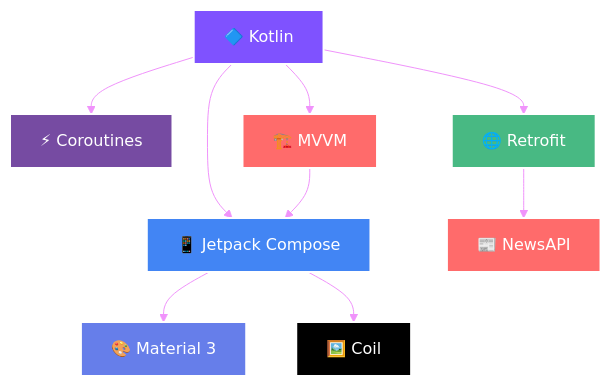
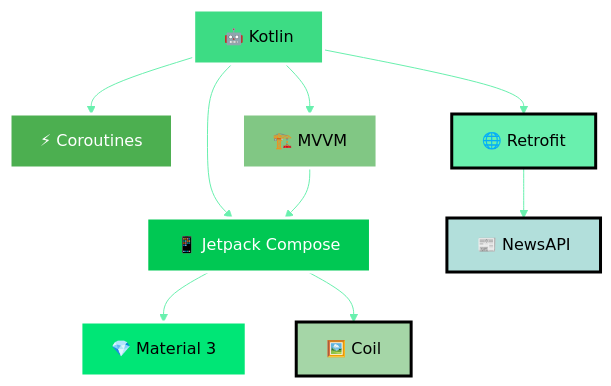
Before and after one commit to DAlgoSculptor/Alzajeera-News-App: the first of 3 diagrams in README.md, drawn with Mermaid. The commit also changed other lines of this file, not shown here.

````diff
--- a/README.md
+++ b/README.md
@@ -174,21 +293,21 @@
 ```mermaid
-%%{init: {'theme':'base', 'themeVariables': { 'primaryColor':'#667eea','primaryTextColor':'#fff','primaryBorderColor':'#764ba2','lineColor':'#f093fb','secondaryColor':'#667eea','tertiaryColor':'#f093fb'}}}%%
+%%{init: {'theme':'base', 'themeVariables': { 'primaryColor':'#3DDC84','primaryTextColor':'#fff','primaryBorderColor':'#00C853','lineColor':'#69F0AE','secondaryColor':'#00E676','tertiaryColor':'#B2DFDB'}}}%%
 graph TB
-    A[🔷 Kotlin] --> B[📱 Jetpack Compose]
+    A[🤖 Kotlin] --> B[📱 Jetpack Compose]
     A --> C[⚡ Coroutines]
-    B --> D[🎨 Material 3]
+    B --> D[💎 Material 3]
     A --> E[🌐 Retrofit]
     E --> F[📰 NewsAPI]
     B --> G[🖼️ Coil]
     A --> H[🏗️ MVVM]
     H --> B
     
-    style A fill:#7F52FF,stroke:#fff,stroke-width:2px,color:#fff
-    style B fill:#4285F4,stroke:#fff,stroke-width:2px,color:#fff
-    style D fill:#667eea,stroke:#fff,stroke-width:2px,color:#fff
-    style E fill:#48B983,stroke:#fff,stroke-width:2px,color:#fff
-    style F fill:#FF6B6B,stroke:#fff,stroke-width:2px,color:#fff
-    style G fill:#000,stroke:#fff,stroke-width:2px,color:#fff
-    style H fill:#FF6B6B,stroke:#fff,stroke-width:2px,color:#fff
-    style C fill:#764ba2,stroke:#fff,stroke-width:2px,color:#fff
+    style A fill:#3DDC84,stroke:#fff,stroke-width:3px,color:#000
+    style B fill:#00C853,stroke:#fff,stroke-width:3px,color:#fff
+    style D fill:#00E676,stroke:#fff,stroke-width:3px,color:#000
+    style E fill:#69F0AE,stroke:#000,stroke-width:3px,color:#000
+    style F fill:#B2DFDB,stroke:#000,stroke-width:3px,color:#000
+    style G fill:#A5D6A7,stroke:#000,stroke-width:3px,color:#000
+    style H fill:#81C784,stroke:#fff,stroke-width:3px,color:#000
+    style C fill:#4CAF50,stroke:#fff,stroke-width:3px,color:#fff
 ```
````
